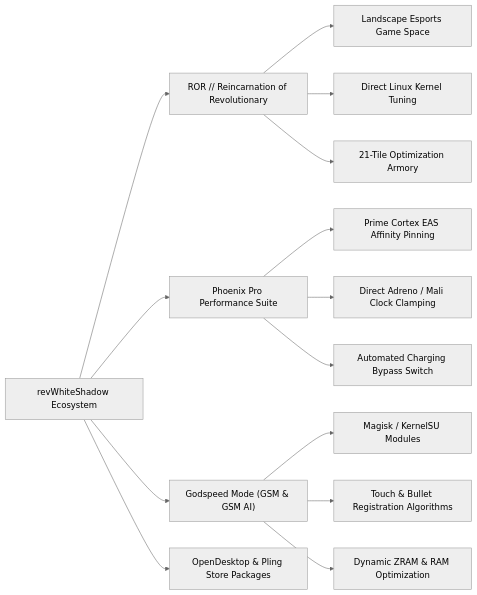
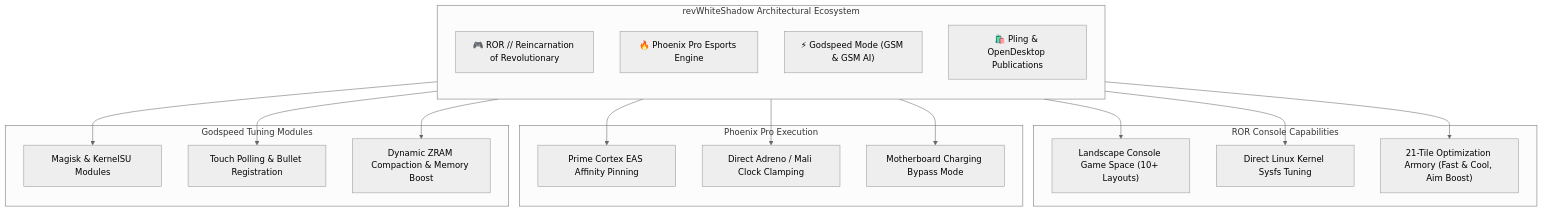
Before and after one commit to revws/revws: the diagram in README.md, drawn with Mermaid (neutral theme). The commit also changed other lines of this file, not shown here.

Commit message:
style(profile): elevate visual layout with animated typing banner, trophy showcase and low-level kernel matrix

````diff
--- a/README.md
+++ b/README.md
@@ -71,19 +89,38 @@
 ```mermaid
-graph LR
-    R["revWhiteShadow Ecosystem"] --> ROR["ROR // Reincarnation of Revolutionary"]
-    R --> PHX["Phoenix Pro Performance Suite"]
-    R --> GSM["Godspeed Mode (GSM & GSM AI)"]
-    R --> STORE["OpenDesktop & Pling Store Packages"]
-    
-    ROR --> GS["Landscape Esports Game Space"]
-    ROR --> KT["Direct Linux Kernel Tuning"]
-    ROR --> ARM["21-Tile Optimization Armory"]
-    
-    PHX --> AFF["Prime Cortex EAS Affinity Pinning"]
-    PHX --> GPU["Direct Adreno / Mali Clock Clamping"]
-    PHX --> BYPASS["Automated Charging Bypass Switch"]
-    
-    GSM --> MAGISK["Magisk / KernelSU Modules"]
-    GSM --> TOUCH["Touch & Bullet Registration Algorithms"]
-    GSM --> ZRAM["Dynamic ZRAM & RAM Optimization"]
+graph TD
+    subgraph Core_Ecosystem ["revWhiteShadow Architectural Ecosystem"]
+        direction TB
+        ROR["🎮 ROR // Reincarnation of Revolutionary"]
+        PHX["🔥 Phoenix Pro Esports Engine"]
+        GSM["⚡ Godspeed Mode (GSM & GSM AI)"]
+        STORE["🛍️ Pling & OpenDesktop Publications"]
+    end
+
+    subgraph ROR_Components ["ROR Console Capabilities"]
+        GS["Landscape Console Game Space (10+ Layouts)"]
+        KT["Direct Linux Kernel Sysfs Tuning"]
+        ARM["21-Tile Optimization Armory (Fast & Cool, Aim Boost)"]
+    end
+
+    subgraph Phoenix_Components ["Phoenix Pro Execution"]
+        AFF["Prime Cortex EAS Affinity Pinning"]
+        GPU["Direct Adreno / Mali Clock Clamping"]
+        BYPASS["Motherboard Charging Bypass Mode"]
+    end
+
+    subgraph GSM_Components ["Godspeed Tuning Modules"]
+        MOD["Magisk & KernelSU Modules"]
+        TOUCH["Touch Polling & Bullet Registration"]
+        ZRAM["Dynamic ZRAM Compaction & Memory Boost"]
+    end
+
+    ROR --> GS
+    ROR --> KT
+    ROR --> ARM
+    PHX --> AFF
+    PHX --> GPU
+    PHX --> BYPASS
+    GSM --> MOD
+    GSM --> TOUCH
+    GSM --> ZRAM
 ```
````
